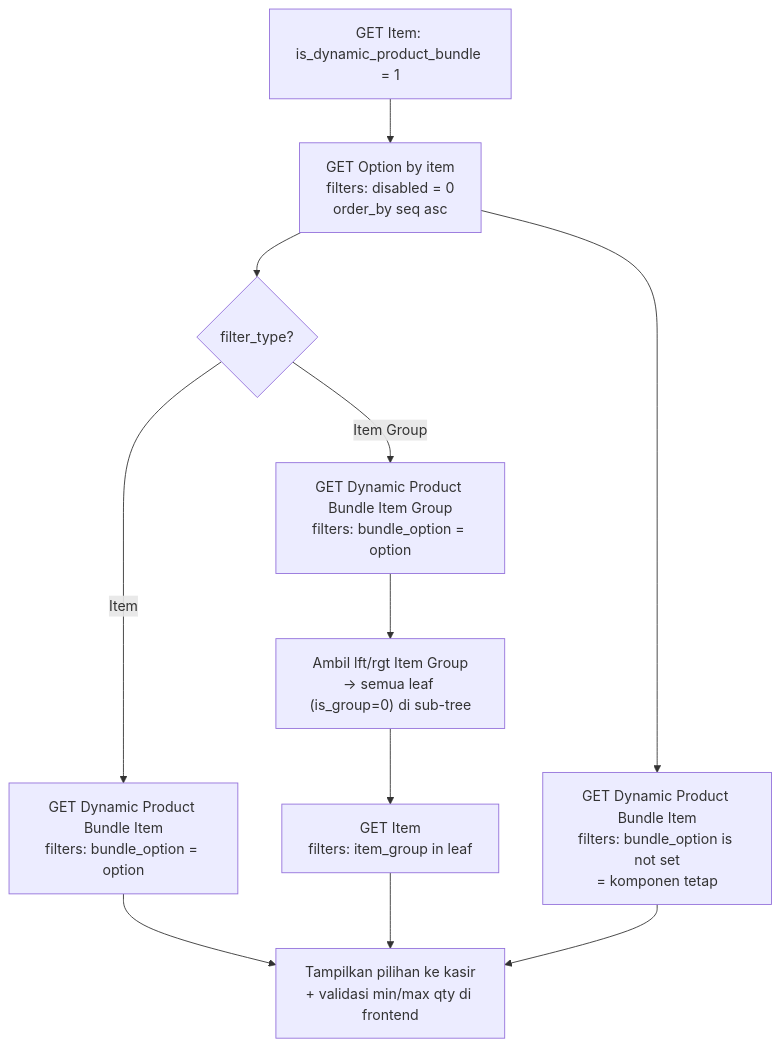
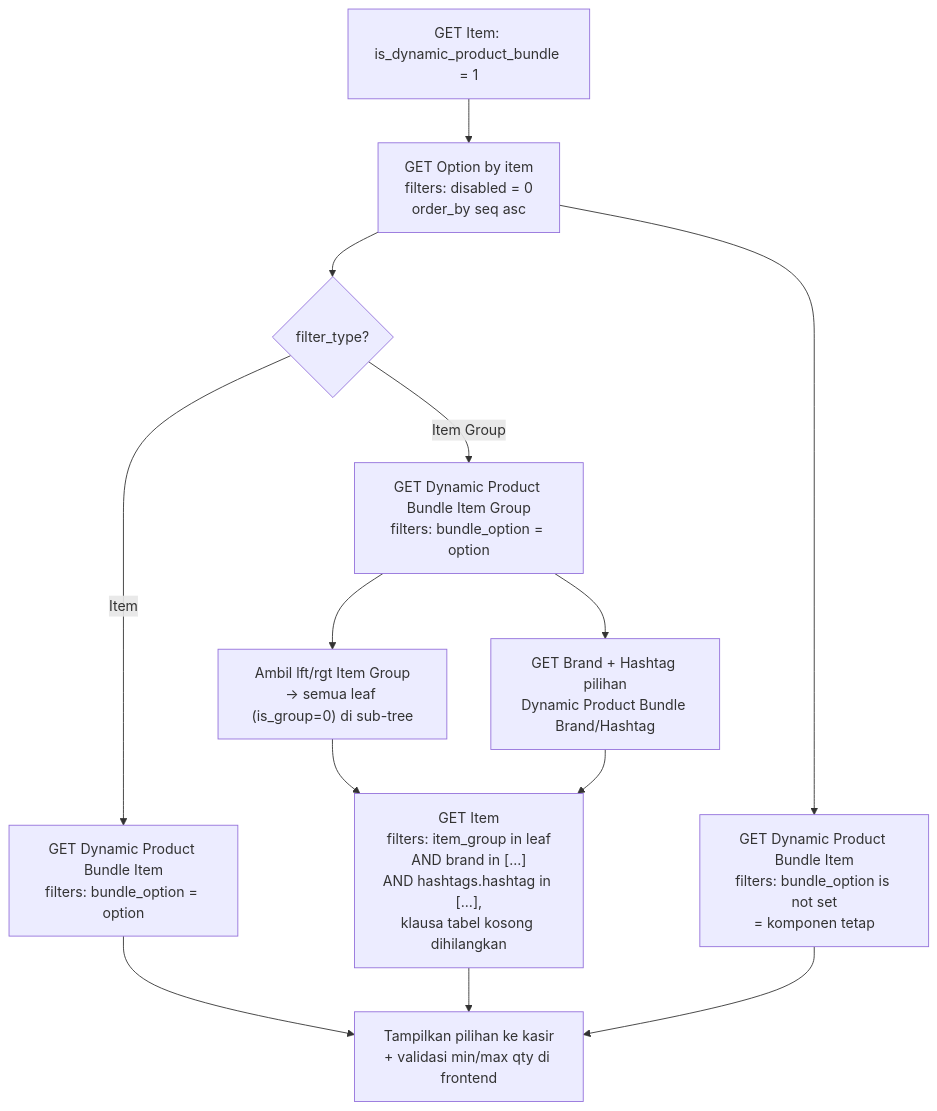
One commit to autopilotstore/erp-backend-docs changed the diagram in prd/backend/product/prd_item_dynamic_product_bundle.md. Above: the diagram before and after it, drawn with Mermaid. The commit also changed other lines of this file and 2 other files, not shown here.

````diff
--- a/prd/backend/product/prd_item_dynamic_product_bundle.md
+++ b/prd/backend/product/prd_item_dynamic_product_bundle.md
@@ -908,13 +1086,15 @@
 ```mermaid
 flowchart TD
     A["GET Item: is_dynamic_product_bundle = 1"] --> B["GET Option by item<br/>filters: disabled = 0<br/>order_by seq asc"]
     B --> C{"filter_type?"}
     C -->|Item| D["GET Dynamic Product Bundle Item<br/>filters: bundle_option = option"]
     C -->|Item Group| E["GET Dynamic Product Bundle Item Group<br/>filters: bundle_option = option"]
     E --> F["Ambil lft/rgt Item Group<br/>→ semua leaf (is_group=0) di sub-tree"]
-    F --> G["GET Item<br/>filters: item_group in leaf"]
+    E --> J["GET Brand + Hashtag pilihan<br/>Dynamic Product Bundle Brand/Hashtag"]
+    F --> G["GET Item<br/>filters: item_group in leaf<br/>AND brand in [...]<br/>AND hashtags.hashtag in [...],<br/>klausa tabel kosong dihilangkan"]
+    J --> G
     B --> H["GET Dynamic Product Bundle Item<br/>filters: bundle_option is not set<br/>= komponen tetap"]
     D --> I["Tampilkan pilihan ke kasir<br/>+ validasi min/max qty di frontend"]
     G --> I
     H --> I
 ```
````
